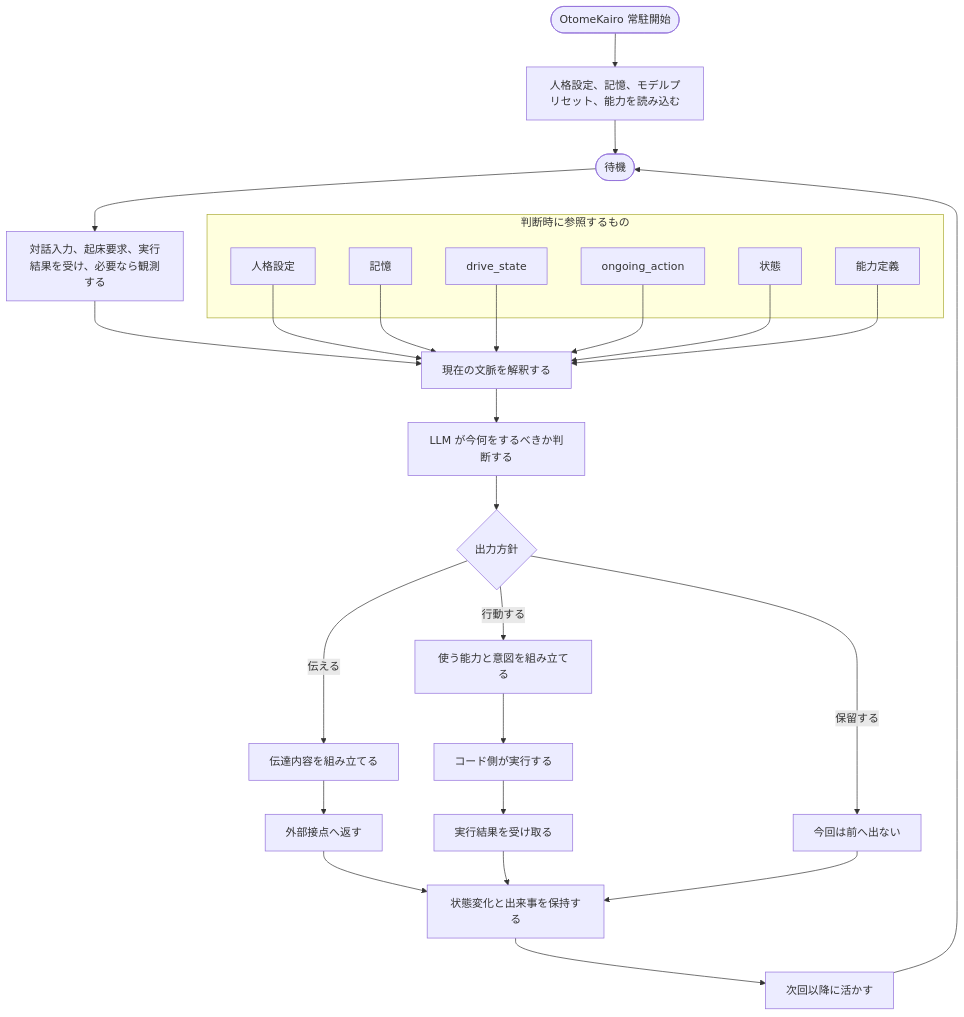
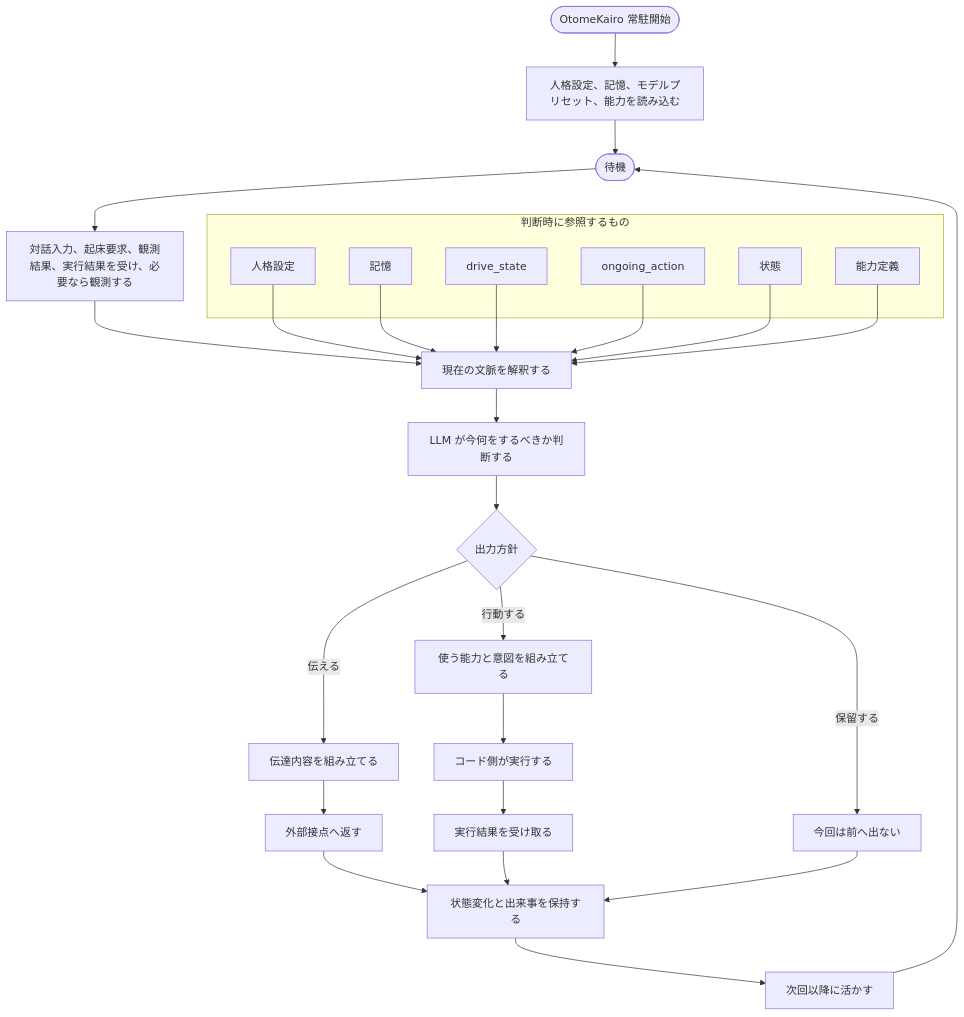
Before and after one commit to hirona98/OtomeKairo: the diagram in docs/design/03_アーキテクチャ.md, drawn with Mermaid. The commit also changed other lines of this file and 3 other files, not shown here.

````diff
--- a/docs/design/03_アーキテクチャ.md
+++ b/docs/design/03_アーキテクチャ.md
@@ -52,51 +52,51 @@
 ```mermaid
 flowchart TD
     Start([OtomeKairo 常駐開始])
     Load[人格設定、記憶、モデルプリセット、能力を読み込む]
     Wait([待機])
-    Observe[対話入力、起床要求、実行結果を受け、必要なら観測する]
+    Observe[対話入力、起床要求、観測結果、実行結果を受け、必要なら観測する]
     Build[現在の文脈を解釈する]
     Decide["LLM が今何をするべきか判断する"]
     Branch{出力方針}
     Communicate[伝達内容を組み立てる]
     Plan[使う能力と意図を組み立てる]
     Execute[コード側が実行する]
     Hold[今回は前へ出ない]
     Return[外部接点へ返す]
     Result[実行結果を受け取る]
     Store[状態変化と出来事を保持する]
     Next[次回以降に活かす]
 
     subgraph Ref["判断時に参照するもの"]
         Persona[人格設定]
         Memory[記憶]
         Drive[drive_state]
         Action[ongoing_action]
         State[状態]
         Capability[能力定義]
     end
 
     Start --> Load
     Load --> Wait
     Wait --> Observe
     Observe --> Build
     Persona --> Build
     Memory --> Build
     Drive --> Build
     Action --> Build
     State --> Build
     Capability --> Build
     Build --> Decide
     Decide --> Branch
     Branch -->|伝える| Communicate
     Branch -->|行動する| Plan
     Branch -->|保留する| Hold
     Communicate --> Return
     Plan --> Execute
     Execute --> Result
     Return --> Store
     Result --> Store
     Hold --> Store
     Store --> Next
     Next --> Wait
 ```
````
